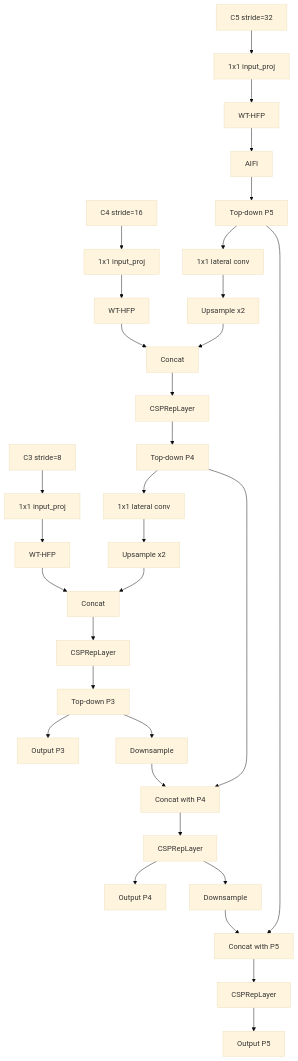
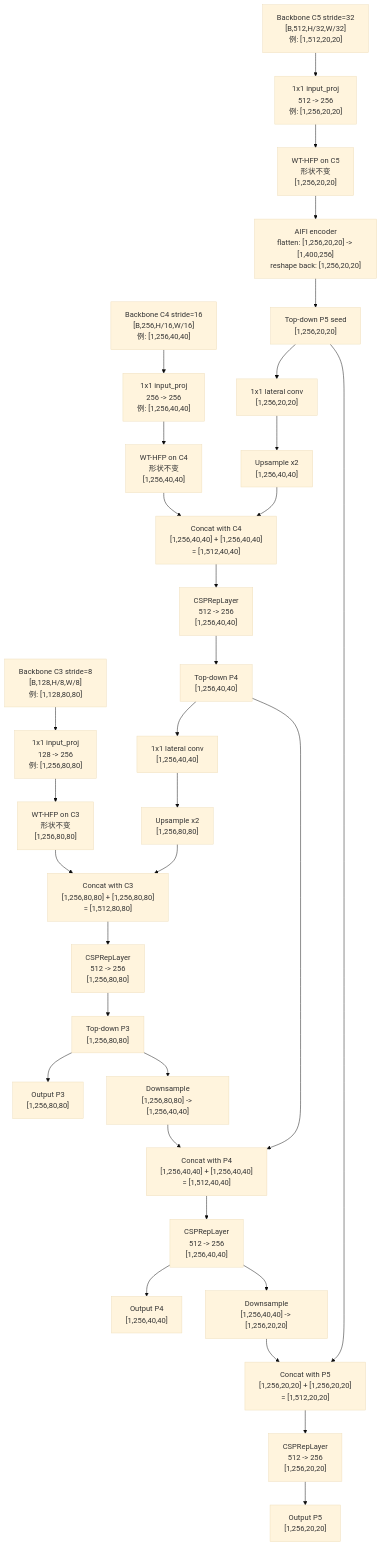
Before and after one commit to JohnSmith789287/RT-DETR-main: the fourth of 4 diagrams in docs/hfp_wtconv_wt_hfp_notes.md, drawn with Mermaid (base theme). The commit also changed other lines of this file, not shown here.

Commit message:
Update diagrams with tensor shapes

````diff
--- a/docs/hfp_wtconv_wt_hfp_notes.md
+++ b/docs/hfp_wtconv_wt_hfp_notes.md
@@ -418,40 +502,40 @@
 ```mermaid
 flowchart TD
-    C3["C3 stride=8"] --> Proj3["1x1 input_proj"]
-    C4["C4 stride=16"] --> Proj4["1x1 input_proj"]
-    C5["C5 stride=32"] --> Proj5["1x1 input_proj"]
+    C3["Backbone C3 stride=8<br/>[B,128,H/8,W/8]<br/>例: [1,128,80,80]"] --> Proj3["1x1 input_proj<br/>128 -> 256<br/>例: [1,256,80,80]"]
+    C4["Backbone C4 stride=16<br/>[B,256,H/16,W/16]<br/>例: [1,256,40,40]"] --> Proj4["1x1 input_proj<br/>256 -> 256<br/>例: [1,256,40,40]"]
+    C5["Backbone C5 stride=32<br/>[B,512,H/32,W/32]<br/>例: [1,512,20,20]"] --> Proj5["1x1 input_proj<br/>512 -> 256<br/>例: [1,256,20,20]"]
 
-    Proj3 --> W3["WT-HFP"]
-    Proj4 --> W4["WT-HFP"]
-    Proj5 --> W5["WT-HFP"]
+    Proj3 --> W3["WT-HFP on C3<br/>形状不变<br/>[1,256,80,80]"]
+    Proj4 --> W4["WT-HFP on C4<br/>形状不变<br/>[1,256,40,40]"]
+    Proj5 --> W5["WT-HFP on C5<br/>形状不变<br/>[1,256,20,20]"]
 
-    W5 --> AIFI["AIFI"]
-    AIFI --> TD5["Top-down P5"]
+    W5 --> AIFI["AIFI encoder<br/>flatten: [1,256,20,20] -> [1,400,256]<br/>reshape back: [1,256,20,20]"]
+    AIFI --> TD5["Top-down P5 seed<br/>[1,256,20,20]"]
 
-    TD5 --> Lat5["1x1 lateral conv"]
-    Lat5 --> Up5["Upsample x2"]
-    Up5 --> Cat4["Concat"]
+    TD5 --> Lat5["1x1 lateral conv<br/>[1,256,20,20]"]
+    Lat5 --> Up5["Upsample x2<br/>[1,256,40,40]"]
+    Up5 --> Cat4["Concat with C4<br/>[1,256,40,40] + [1,256,40,40]<br/>= [1,512,40,40]"]
     W4 --> Cat4
-    Cat4 --> CSP4["CSPRepLayer"]
-    CSP4 --> TD4["Top-down P4"]
+    Cat4 --> CSP4["CSPRepLayer<br/>512 -> 256<br/>[1,256,40,40]"]
+    CSP4 --> TD4["Top-down P4<br/>[1,256,40,40]"]
 
-    TD4 --> Lat4["1x1 lateral conv"]
-    Lat4 --> Up4["Upsample x2"]
-    Up4 --> Cat3["Concat"]
+    TD4 --> Lat4["1x1 lateral conv<br/>[1,256,40,40]"]
+    Lat4 --> Up4["Upsample x2<br/>[1,256,80,80]"]
+    Up4 --> Cat3["Concat with C3<br/>[1,256,80,80] + [1,256,80,80]<br/>= [1,512,80,80]"]
     W3 --> Cat3
-    Cat3 --> CSP3["CSPRepLayer"]
-    CSP3 --> TD3["Top-down P3"]
+    Cat3 --> CSP3["CSPRepLayer<br/>512 -> 256<br/>[1,256,80,80]"]
+    CSP3 --> TD3["Top-down P3<br/>[1,256,80,80]"]
 
-    TD3 --> Out3["Output P3"]
-    TD3 --> Down3["Downsample"]
-    Down3 --> PCat4["Concat with P4"]
+    TD3 --> Out3["Output P3<br/>[1,256,80,80]"]
+    TD3 --> Down3["Downsample<br/>[1,256,80,80] -> [1,256,40,40]"]
+    Down3 --> PCat4["Concat with P4<br/>[1,256,40,40] + [1,256,40,40]<br/>= [1,512,40,40]"]
     TD4 --> PCat4
-    PCat4 --> PAN4["CSPRepLayer"]
-    PAN4 --> Out4["Output P4"]
+    PCat4 --> PAN4["CSPRepLayer<br/>512 -> 256<br/>[1,256,40,40]"]
+    PAN4 --> Out4["Output P4<br/>[1,256,40,40]"]
 
-    PAN4 --> Down4["Downsample"]
-    Down4 --> PCat5["Concat with P5"]
+    PAN4 --> Down4["Downsample<br/>[1,256,40,40] -> [1,256,20,20]"]
+    Down4 --> PCat5["Concat with P5<br/>[1,256,20,20] + [1,256,20,20]<br/>= [1,512,20,20]"]
     TD5 --> PCat5
-    PCat5 --> PAN5["CSPRepLayer"]
-    PAN5 --> Out5["Output P5"]
+    PCat5 --> PAN5["CSPRepLayer<br/>512 -> 256<br/>[1,256,20,20]"]
+    PAN5 --> Out5["Output P5<br/>[1,256,20,20]"]
 ```
````
